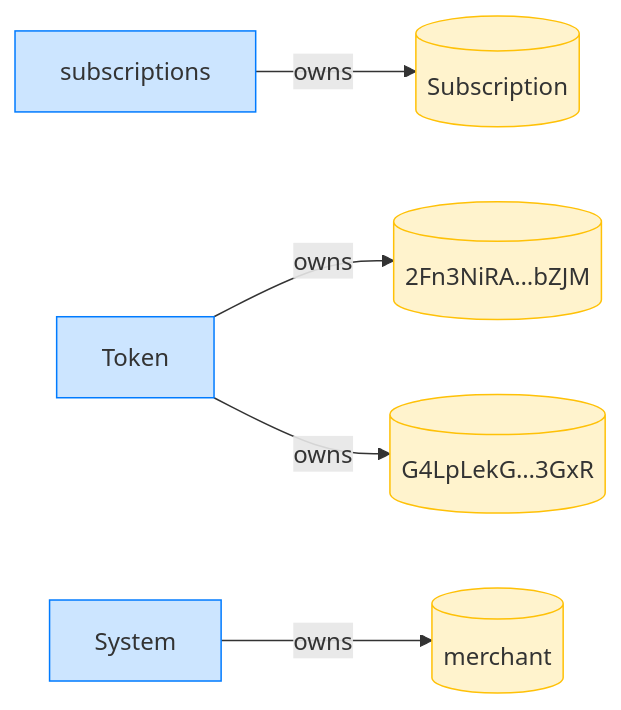
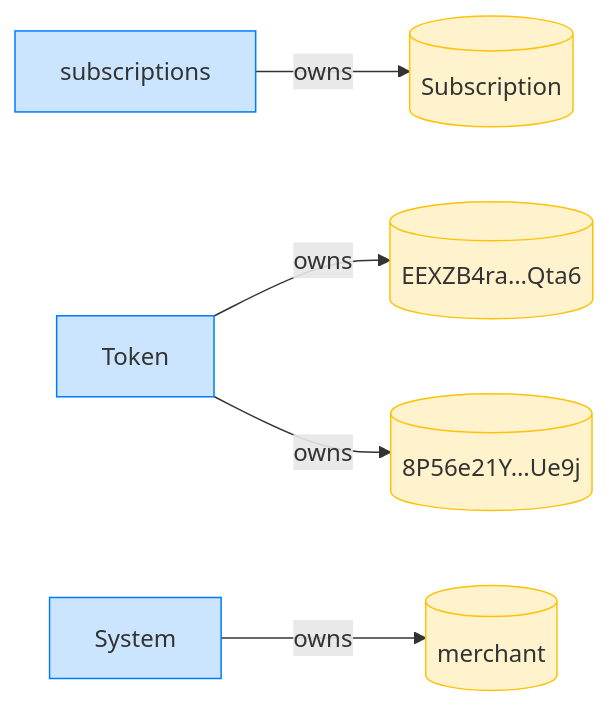
Diagram 12 of 12 in dsl_tests/transfer-subscription--no-whitelist-allows-any-receiver.md (cds-rs/subscriptions), drawn with Mermaid before and after one commit. The commit also changed other lines of this file and 224 other files, not shown here.

````diff
--- a/dsl_tests/transfer-subscription--no-whitelist-allows-any-receiver.md
+++ b/dsl_tests/transfer-subscription--no-whitelist-allows-any-receiver.md
@@ -224,16 +239,16 @@
 ```mermaid
 flowchart LR
     classDef owner fill:#cce5ff,stroke:#007bff;
     classDef account fill:#fff3cd,stroke:#ffc107;
     subscriptions[subscriptions]:::owner
     Subscription[(Subscription)]:::account
     Token[Token]:::owner
-    2Fn3NiRA_bZJM[("2Fn3NiRA…bZJM")]:::account
-    G4LpLekG_3GxR[("G4LpLekG…3GxR")]:::account
+    EEXZB4ra_Qta6[("EEXZB4ra…Qta6")]:::account
+    8P56e21Y_Ue9j[("8P56e21Y…Ue9j")]:::account
     System[System]:::owner
     merchant[(merchant)]:::account
     subscriptions -->|owns| Subscription
-    Token -->|owns| 2Fn3NiRA_bZJM
-    Token -->|owns| G4LpLekG_3GxR
+    Token -->|owns| EEXZB4ra_Qta6
+    Token -->|owns| 8P56e21Y_Ue9j
     System -->|owns| merchant
 ```
````
